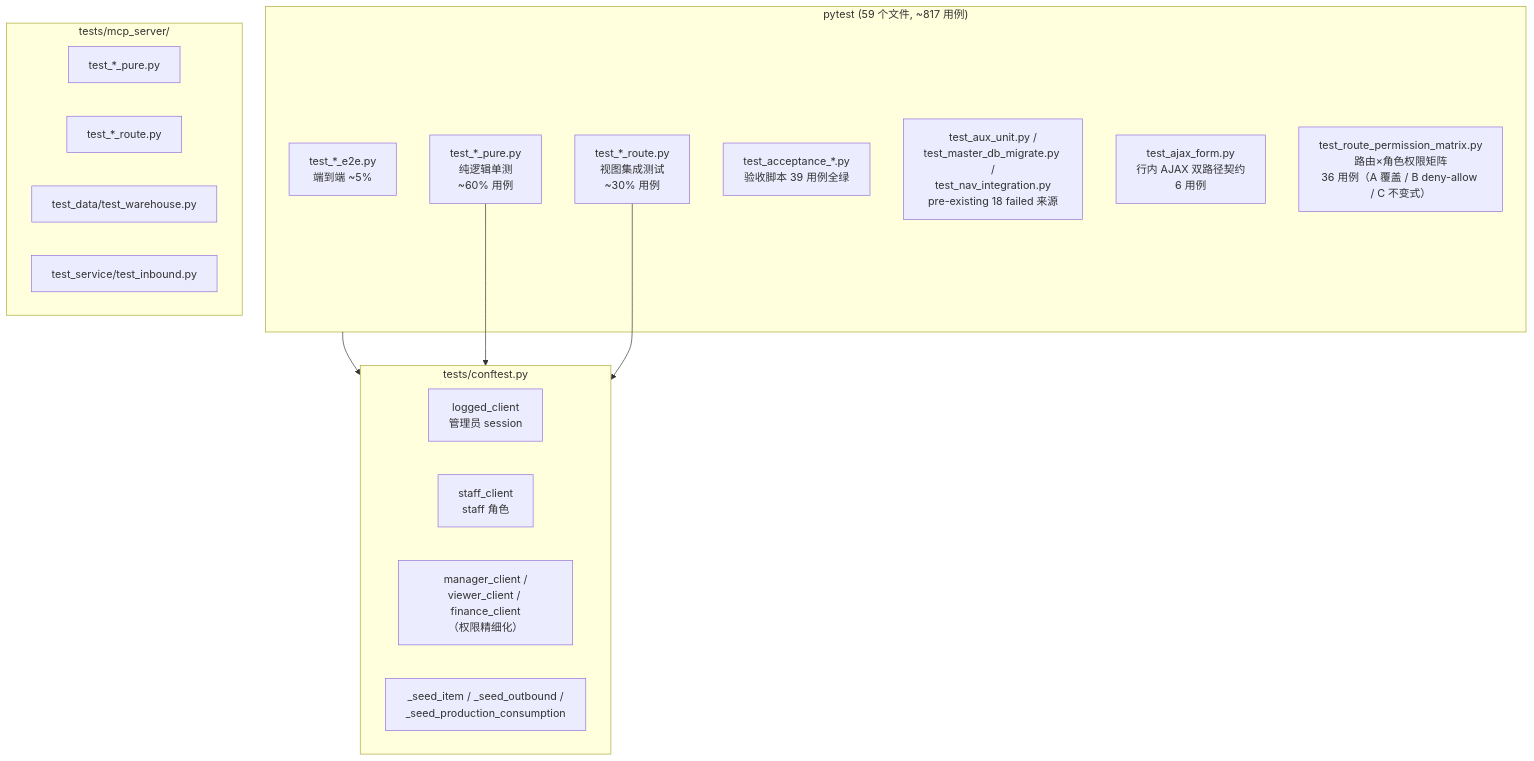
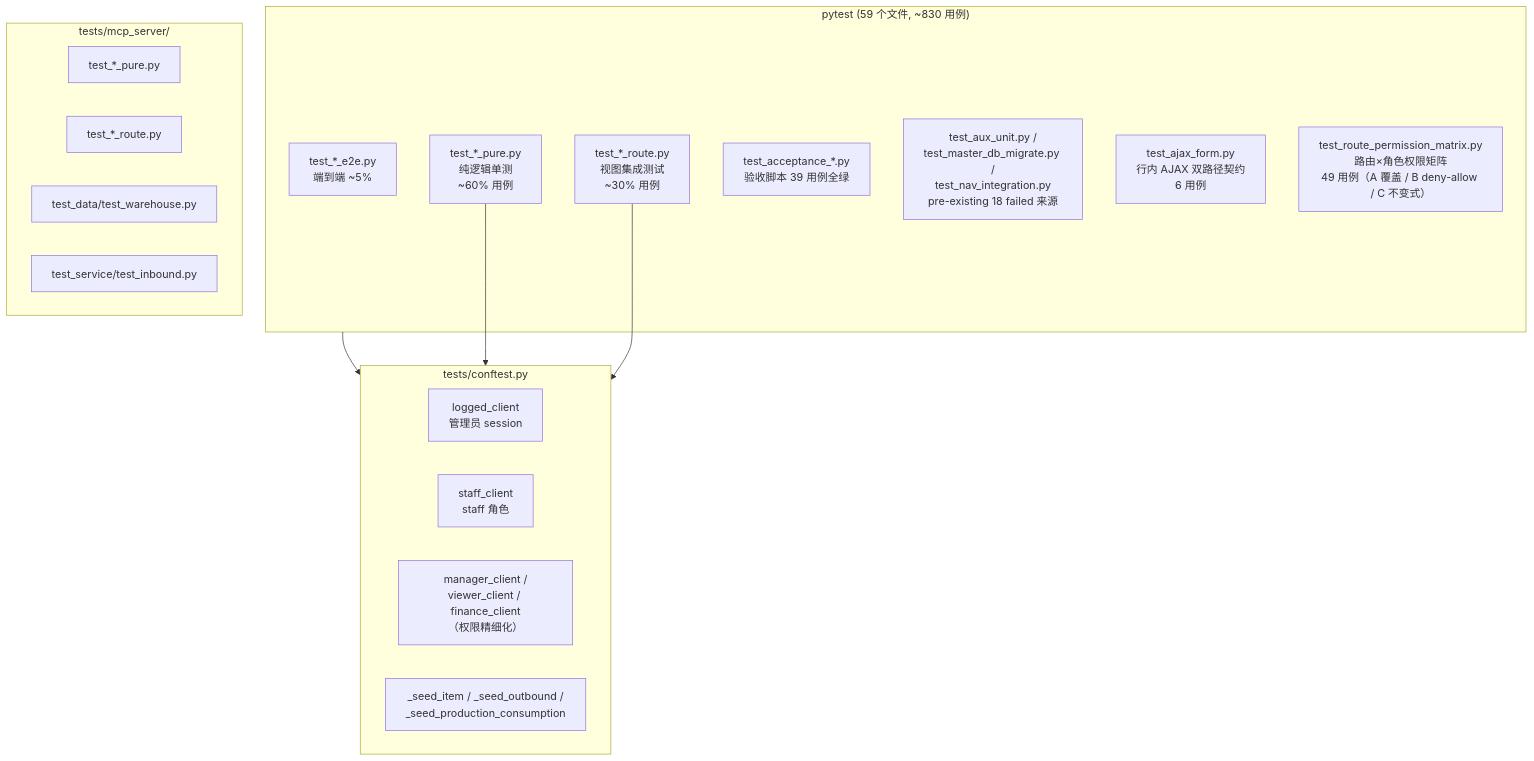
Diagram 17 of 17 in docs/ARCHITECTURE.md (ericmr1981/DailyCheck), drawn with Mermaid before and after one commit. The commit also changed other lines of this file and 1 other file, not shown here.

Commit message:
docs(permissions): 对齐施工台账与架构文档计数（R1/M1-M4 快照、矩阵 49 用例）

````diff
--- a/docs/ARCHITECTURE.md
+++ b/docs/ARCHITECTURE.md
@@ -813,30 +813,30 @@
 ```mermaid
 flowchart TB
-    subgraph Pytest["pytest (59 个文件, ~817 用例)"]
+    subgraph Pytest["pytest (59 个文件, ~830 用例)"]
         Pure["test_*_pure.py<br/>纯逻辑单测<br/>~60% 用例"]
         Route["test_*_route.py<br/>视图集成测试<br/>~30% 用例"]
         E2E["test_*_e2e.py<br/>端到端 ~5%"]
         Acceptance["test_acceptance_*.py<br/>验收脚本 39 用例全绿"]
         Aux["test_aux_unit.py /<br/>test_master_db_migrate.py /<br/>test_nav_integration.py<br/>pre-existing 18 failed 来源"]
         Ajax["test_ajax_form.py<br/>行内 AJAX 双路径契约<br/>6 用例"]
-        Perm["test_route_permission_matrix.py<br/>路由×角色权限矩阵<br/>36 用例（A 覆盖 / B deny-allow / C 不变式）"]
+        Perm["test_route_permission_matrix.py<br/>路由×角色权限矩阵<br/>49 用例（A 覆盖 / B deny-allow / C 不变式）"]
     end
 
     subgraph Conftest["tests/conftest.py"]
         LoggedClient["logged_client<br/>管理员 session"]
         StaffClient["staff_client<br/>staff 角色"]
         RoleClients["manager_client /<br/>viewer_client / finance_client<br/>（权限精细化）"]
         SeedHelpers["_seed_item / _seed_outbound /<br/>_seed_production_consumption"]
     end
 
     subgraph MCPTest["tests/mcp_server/"]
         MCPPure["test_*_pure.py"]
         MCPRoute["test_*_route.py"]
         MCPData["test_data/test_warehouse.py"]
         MCPService["test_service/test_inbound.py"]
     end
 
     Pytest --> Conftest
     Pure --> Conftest
     Route --> Conftest
 ```
````
